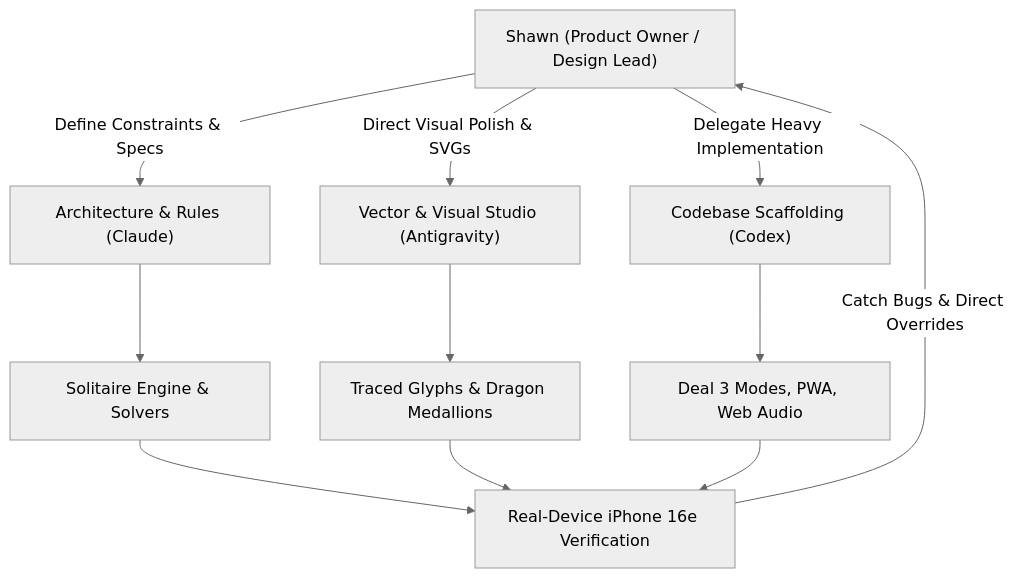
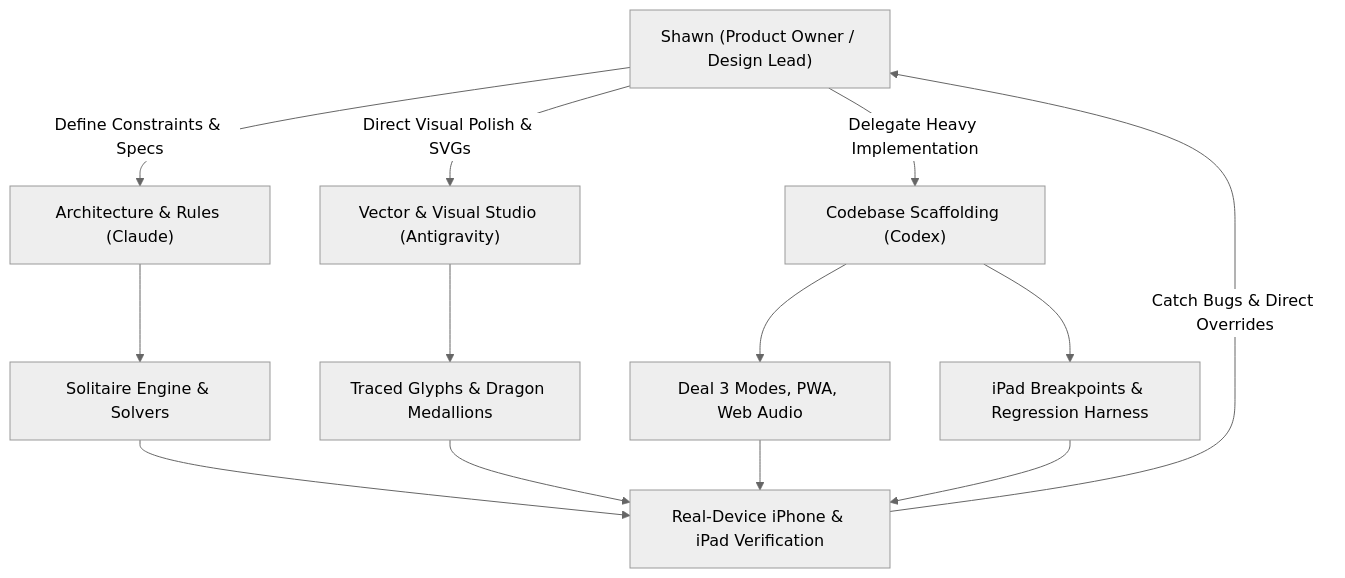
Before and after one commit to sghanna/ai: the diagram in games/solitaire/CASE-STUDY.md, drawn with Mermaid (neutral theme). The commit also changed other lines of this file and 13 other files, not shown here.

````diff
--- a/games/solitaire/CASE-STUDY.md
+++ b/games/solitaire/CASE-STUDY.md
@@ -124,16 +139,18 @@
 ```mermaid
 flowchart TD
     PO["Shawn (Product Owner / Design Lead)"] -->|Define Constraints & Specs| Arch["Architecture & Rules (Claude)"]
     PO -->|Direct Visual Polish & SVGs| Design["Vector & Visual Studio (Antigravity)"]
     PO -->|Delegate Heavy Implementation| Dev["Codebase Scaffolding (Codex)"]
     
     Arch --> Engine["Solitaire Engine & Solvers"]
     Design --> Assets["Traced Glyphs & Dragon Medallions"]
     Dev --> Features["Deal 3 Modes, PWA, Web Audio"]
+    Dev --> Responsive["iPad Breakpoints & Regression Harness"]
     
-    Engine --> QA["Real-Device iPhone 16e Verification"]
+    Engine --> QA["Real-Device iPhone & iPad Verification"]
     Assets --> QA
     Features --> QA
+    Responsive --> QA
     
     QA -->|Catch Bugs & Direct Overrides| PO
 ```
````
